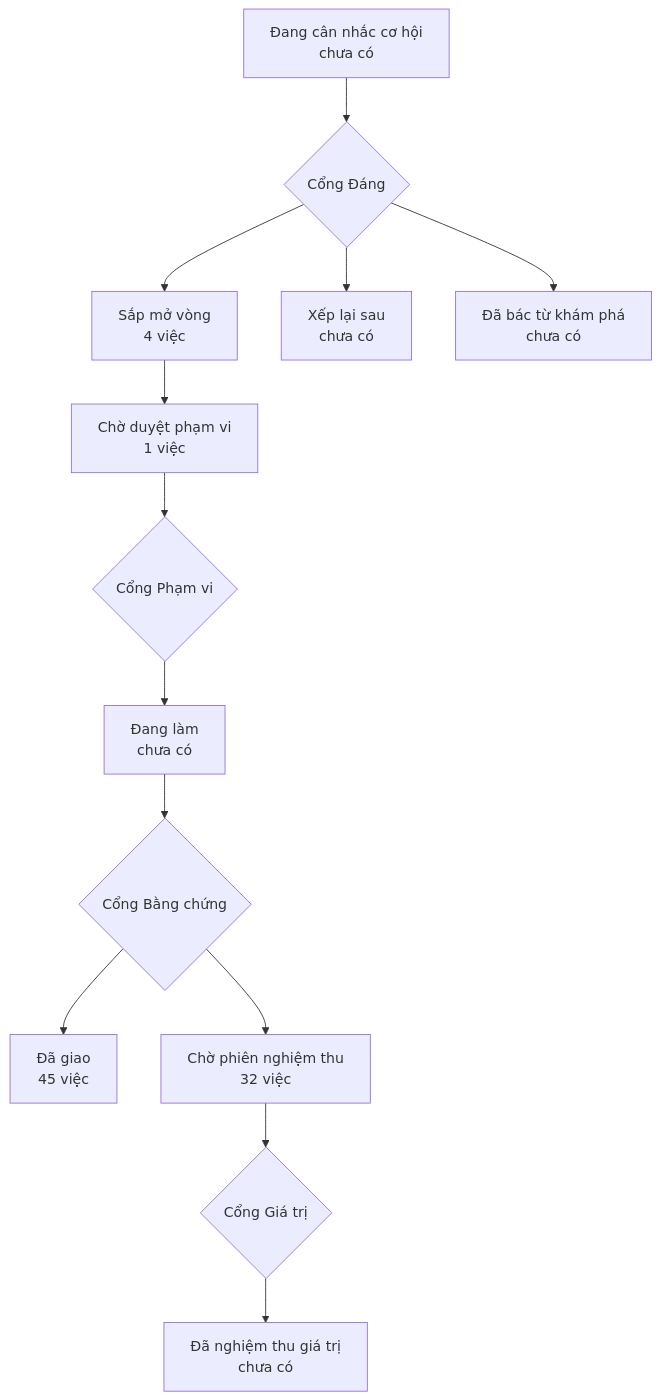
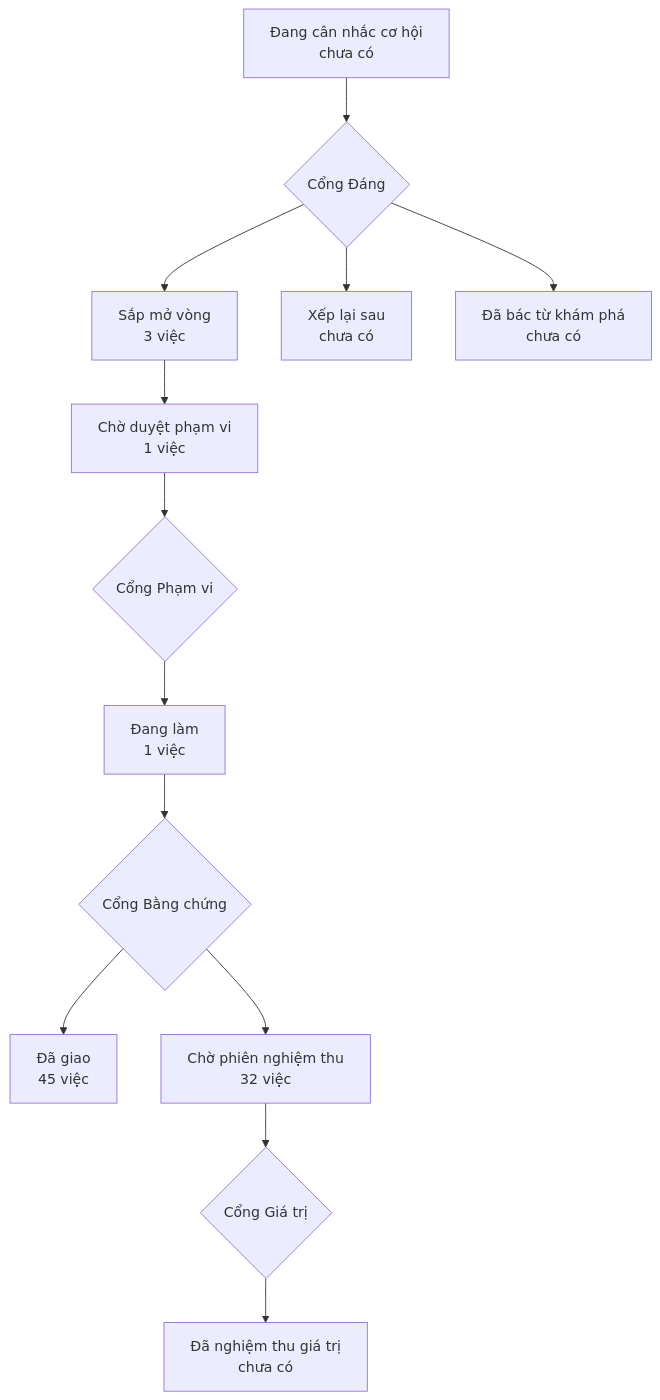
One commit to phanlemanh/onehub-invest changed the diagram in PRODUCT-MAP.md. Above: the diagram before and after it, drawn with Mermaid. The commit also changed other lines of this file and 3 other files, not shown here.

````diff
--- a/PRODUCT-MAP.md
+++ b/PRODUCT-MAP.md
@@ -7,12 +7,12 @@
 ```mermaid
 flowchart TD
   A["Đang cân nhắc cơ hội<br/>chưa có"] --> GD{"Cổng Đáng"}
-  GD --> B["Sắp mở vòng<br/>4 việc"]
+  GD --> B["Sắp mở vòng<br/>3 việc"]
   GD --> XL["Xếp lại sau<br/>chưa có"]
   GD --> DB["Đã bác từ khám phá<br/>chưa có"]
   B --> CD["Chờ duyệt phạm vi<br/>1 việc"] --> GP{"Cổng Phạm vi"}
-  GP --> DL["Đang làm<br/>chưa có"] --> GB{"Cổng Bằng chứng"}
+  GP --> DL["Đang làm<br/>1 việc"] --> GB{"Cổng Bằng chứng"}
   GB --> DG["Đã giao<br/>45 việc"]
   GB --> CN["Chờ phiên nghiệm thu<br/>32 việc"] --> GG{"Cổng Giá trị"}
   GG --> NT["Đã nghiệm thu giá trị<br/>chưa có"]
 ```
````
